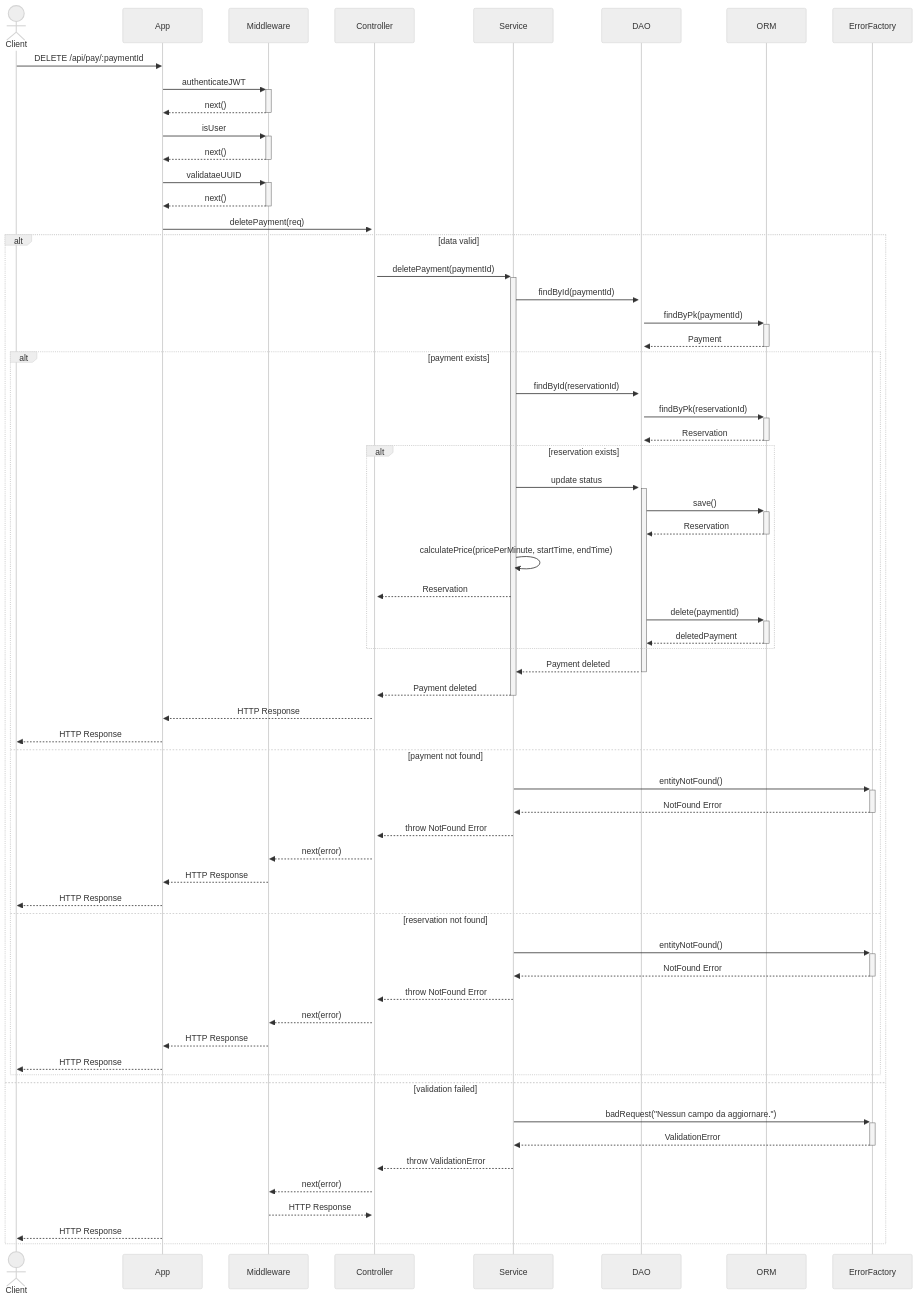
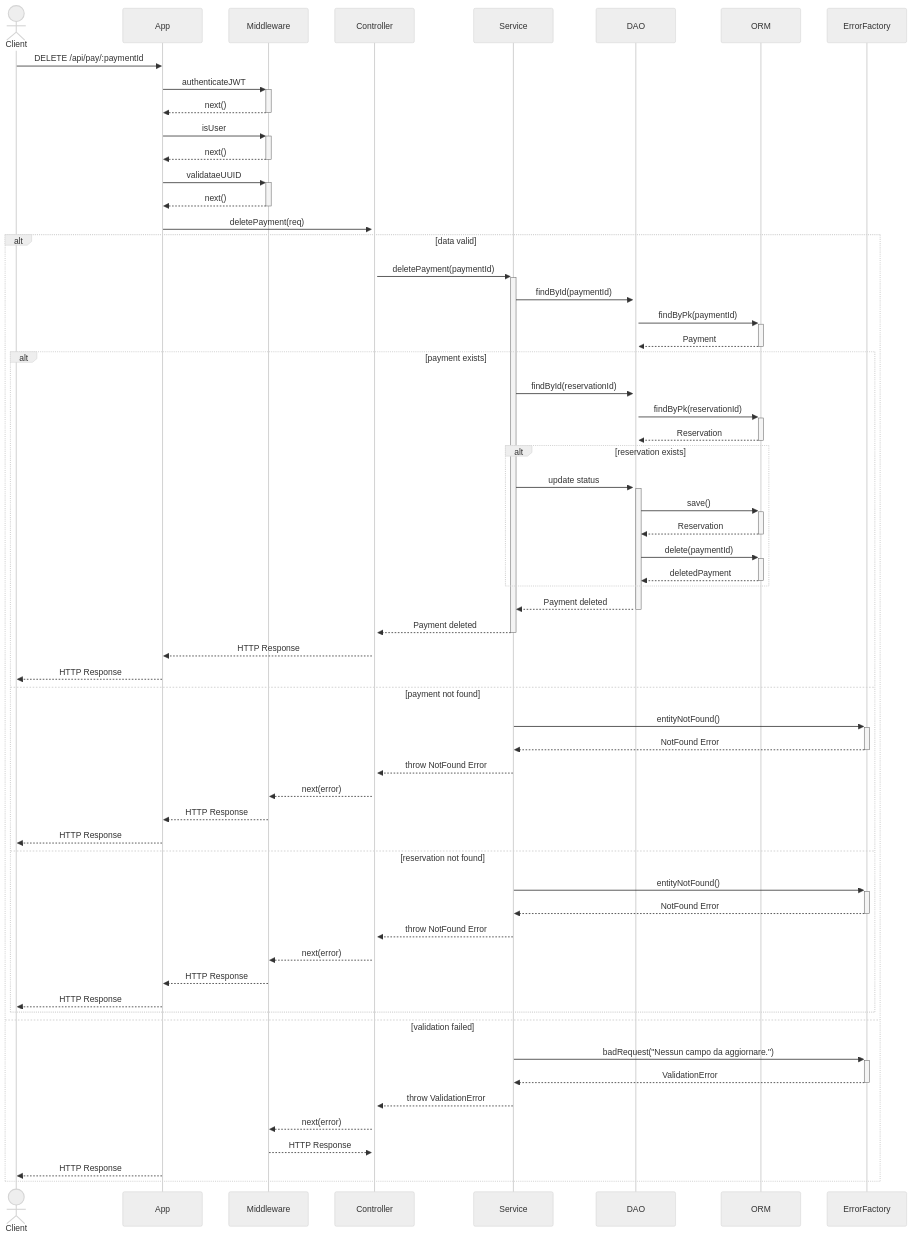
One commit to niccolociotti/parking_PA changed diagram 17 of 22 in README.md. Above: the diagram before and after it, drawn with Mermaid (neutral theme). The commit also changed other lines of this file, not shown here.

````diff
--- a/README.md
+++ b/README.md
@@ -1005,66 +1005,64 @@
 ```mermaid
 sequenceDiagram
     actor Client
     participant App
     participant Middleware
     participant Controller
     participant Service
     participant DAO
     participant ORM
     participant ErrorFactory
 
     Client->>App: DELETE /api/pay/:paymentId
     App->>+Middleware: authenticateJWT
     Middleware-->>-App: next()
     App->>+Middleware: isUser
     Middleware-->>-App: next()
     App->>+Middleware: validataeUUID
     Middleware-->>-App: next()
     App->>+Controller: deletePayment(req)
     alt data valid
     Controller->>+Service: deletePayment(paymentId)
         Service->>+DAO: findById(paymentId)
         DAO->>+ORM: findByPk(paymentId)
         ORM-->>-DAO: Payment
         alt payment exists
         Service->>DAO:findById(reservationId)
         DAO->>+ORM: findByPk(reservationId)
         ORM-->>-DAO: Reservation
         alt reservation exists
         Service->>+DAO: update status
         DAO->>+ORM: save()
         ORM-->>-DAO: Reservation
-        Service->>Service:calculatePrice(pricePerMinute, startTime, endTime)
-        Service-->>Controller: Reservation
         DAO->>+ORM:delete(paymentId)
         ORM-->>-DAO:deletedPayment
         end
             DAO-->>-Service:  Payment deleted
             Service-->>-Controller: Payment deleted
             Controller-->>App: HTTP Response 
             App-->>Client: HTTP Response
             else payment not found
             Service->>+ErrorFactory: entityNotFound()
                 ErrorFactory-->>-Service: NotFound Error
                 Service-->>Controller: throw NotFound Error
                 Controller-->>Middleware: next(error)
                 Middleware-->>App: HTTP Response
                 App-->>Client: HTTP Response
             else reservation not found
                 Service->>+ErrorFactory: entityNotFound()
                 ErrorFactory-->>-Service: NotFound Error
                 Service-->>Controller: throw NotFound Error
                 Controller-->>Middleware: next(error)
                 Middleware-->>App: HTTP Response
                 App-->>Client: HTTP Response
                 end
     else validation failed
     Service->>+ErrorFactory: badRequest("Nessun campo da aggiornare.")
         ErrorFactory-->>-Service: ValidationError
         Service-->>Controller: throw ValidationError
         Controller-->>Middleware: next(error)
         Middleware-->>Controller: HTTP Response
         App-->>Client: HTTP Response
     end
 
 ```
````
